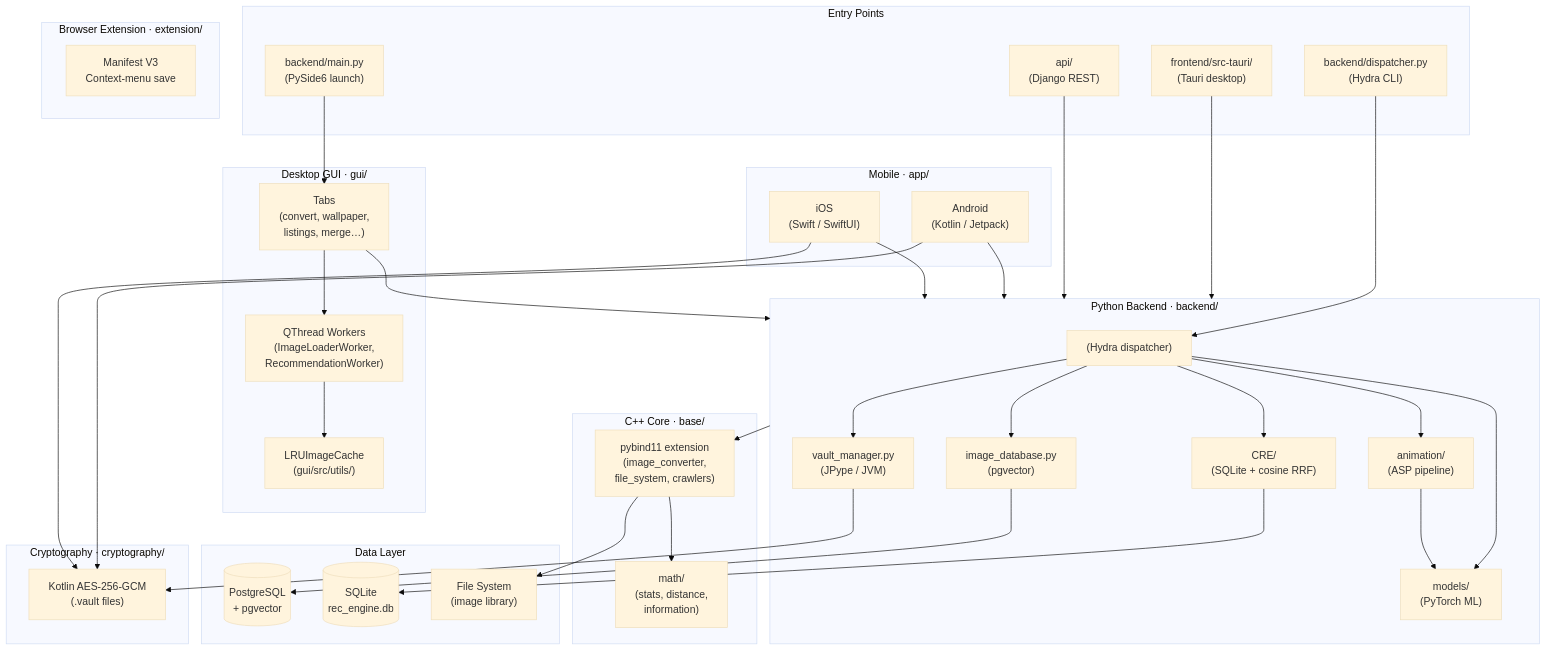
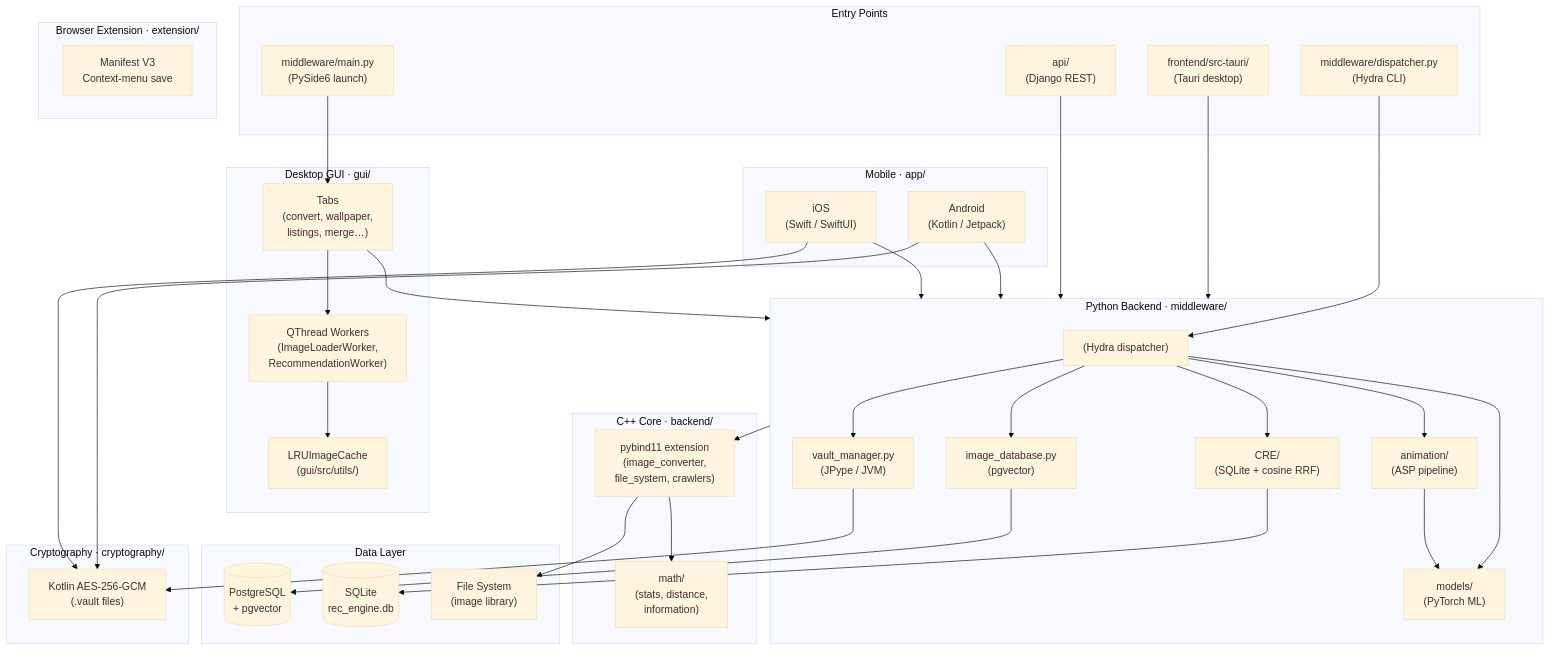
Before and after one commit to ACFHarbinger/Image-Toolkit: the first of 25 diagrams in pr-preview/812/docs/ARCHITECTURE.md, drawn with Mermaid (base theme). The commit also changed other lines of this file and 82 other files, not shown here.

````diff
--- a/pr-preview/812/docs/ARCHITECTURE.md
+++ b/pr-preview/812/docs/ARCHITECTURE.md
@@ -8,8 +8,8 @@
 ```mermaid
 flowchart TD
     subgraph Entry["Entry Points"]
-        MAIN["backend/main.py\n(PySide6 launch)"]
-        CLI["backend/dispatcher.py\n(Hydra CLI)"]
+        MAIN["middleware/main.py\n(PySide6 launch)"]
+        CLI["middleware/dispatcher.py\n(Hydra CLI)"]
         TAURI["frontend/src-tauri/\n(Tauri desktop)"]
         API["api/\n(Django REST)"]
     end
@@ -20,7 +20,7 @@
         LRU["LRUImageCache\n(gui/src/utils/)"]
     end
 
-    subgraph Backend["Python Backend  ·  backend/"]
+    subgraph Backend["Python Backend  ·  middleware/"]
         CTRL["(Hydra dispatcher)"]
         ANIMMOD["animation/\n(ASP pipeline)"]
         MODELS["models/\n(PyTorch ML)"]
@@ -29,7 +29,7 @@
         RECENG["CRE/\n(SQLite + cosine RRF)"]
     end
 
-    subgraph CppCore["C++ Core  ·  base/"]
+    subgraph CppCore["C++ Core  ·  backend/"]
         RUST["pybind11 extension\n(image_converter,\nfile_system, crawlers)"]
         RUSTMATH["math/\n(stats, distance,\ninformation)"]
     end
````
